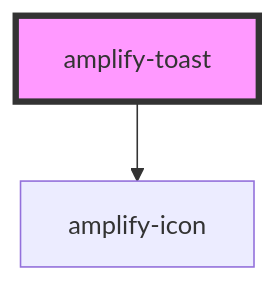
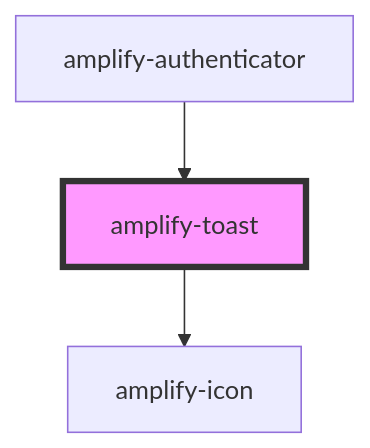
The diagram in packages/amplify-ui-components/src/components/amplify-toast/readme.md (OneDev0411/amplify-js), drawn with Mermaid before and after one commit. The commit also changed other lines of this file and 20 other files, not shown here.

First line of the commit message:
feat(@aws-amplify/ui-components): amplify-toast component (#4858)

````diff
--- a/packages/amplify-ui-components/src/components/amplify-toast/readme.md
+++ b/packages/amplify-ui-components/src/components/amplify-toast/readme.md
@@ -22,5 +27,6 @@
 ```mermaid
 graph TD;
   amplify-toast --> amplify-icon
+  amplify-authenticator --> amplify-toast
   style amplify-toast fill:#f9f,stroke:#333,stroke-width:4px
 ```
````
